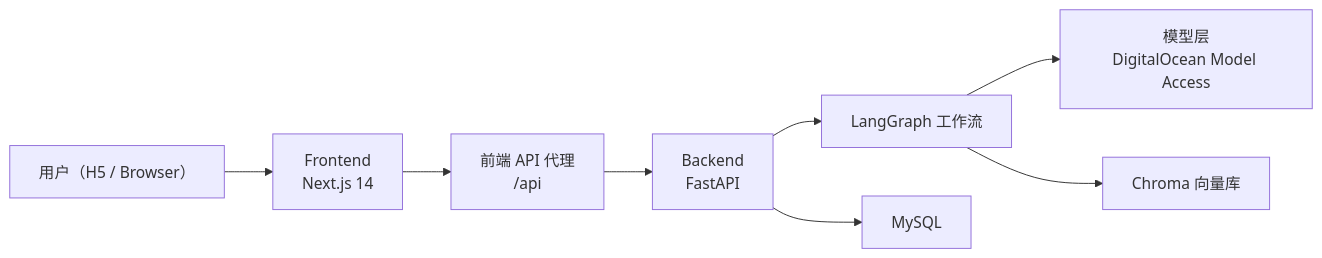
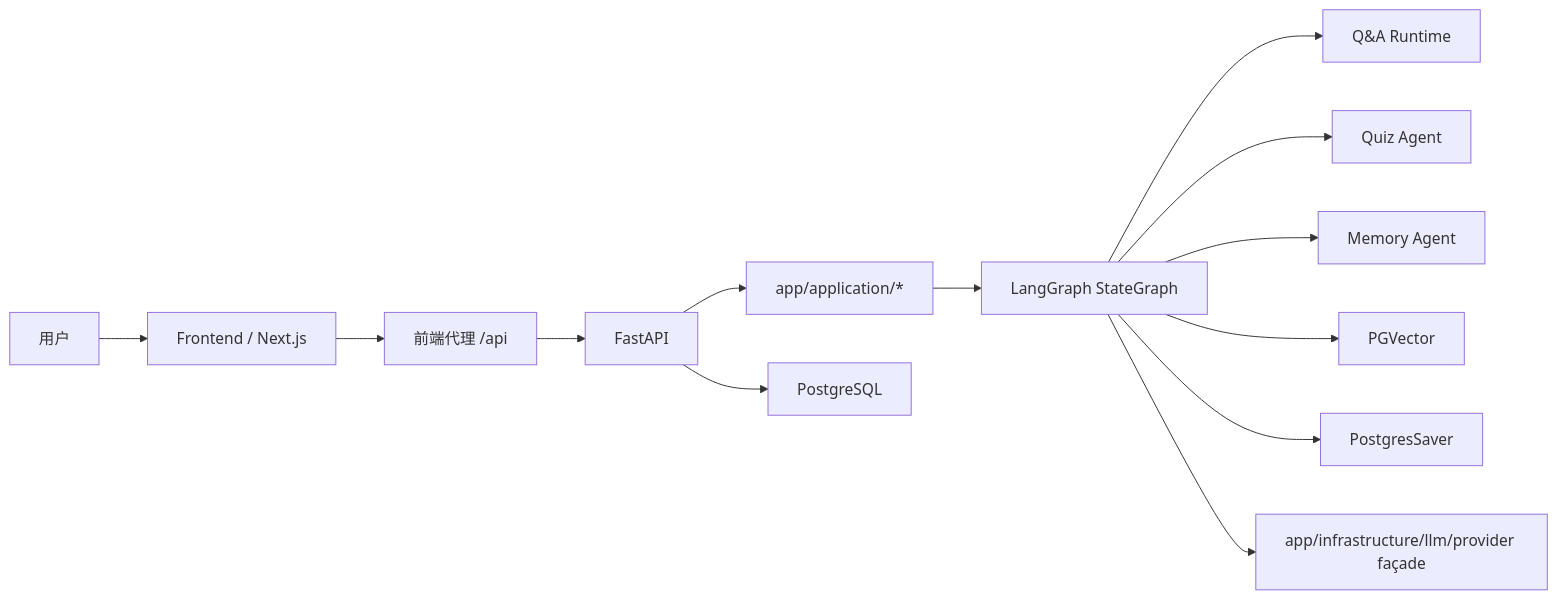
Before and after one commit to Xiaomuw/Learning-assistant: the diagram in docs/technical-design.md, drawn with Mermaid. The commit also changed other lines of this file and 359 other files, not shown here.

Commit message:
refactor: migrate platform to orchestration graph architecture

````diff
--- a/docs/technical-design.md
+++ b/docs/technical-design.md
@@ -21,10 +7,15 @@
 ```mermaid
 flowchart LR
-    U["用户（H5 / Browser）"] --> F["Frontend<br/>Next.js 14"]
-    F --> P["前端 API 代理<br/>/api"]
-    P --> B["Backend<br/>FastAPI"]
-    B --> G["LangGraph 工作流"]
-    G --> M["模型层<br/>DigitalOcean Model Access"]
-    G --> C["Chroma 向量库"]
-    B --> D["MySQL"]
+    U["用户"] --> F["Frontend / Next.js"]
+    F --> P["前端代理 /api"]
+    P --> B["FastAPI"]
+    B --> A["app/application/*"]
+    A --> G["LangGraph StateGraph"]
+    G --> QA["Q&A Runtime"]
+    G --> Q["Quiz Agent"]
+    G --> M["Memory Agent"]
+    B --> DB["PostgreSQL"]
+    G --> V["PGVector"]
+    G --> C["PostgresSaver"]
+    G --> MP["app/infrastructure/llm/provider façade"]
 ```
````
